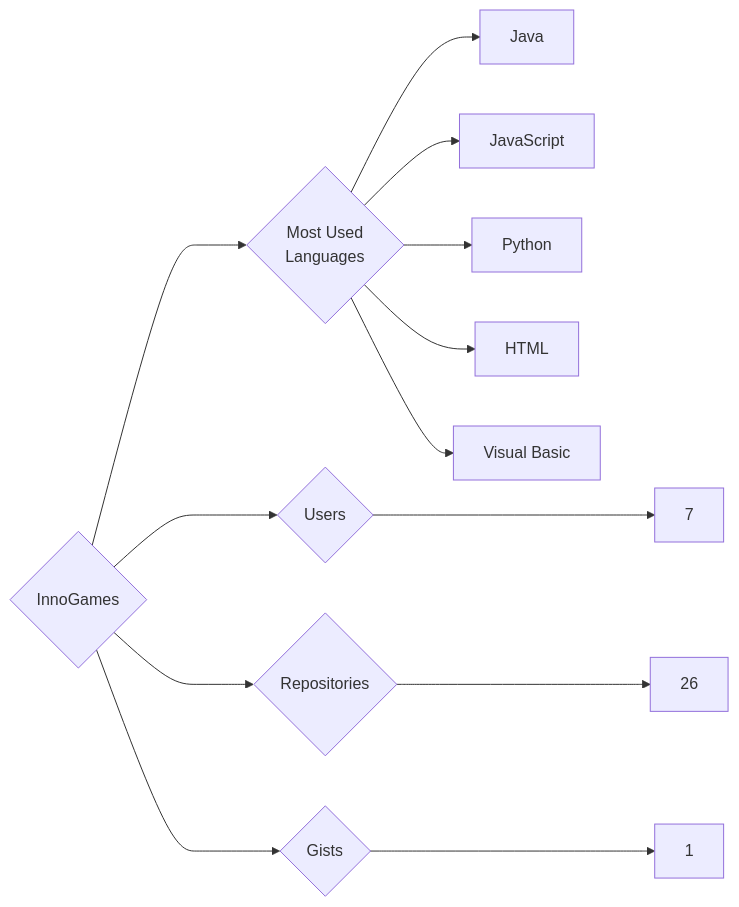
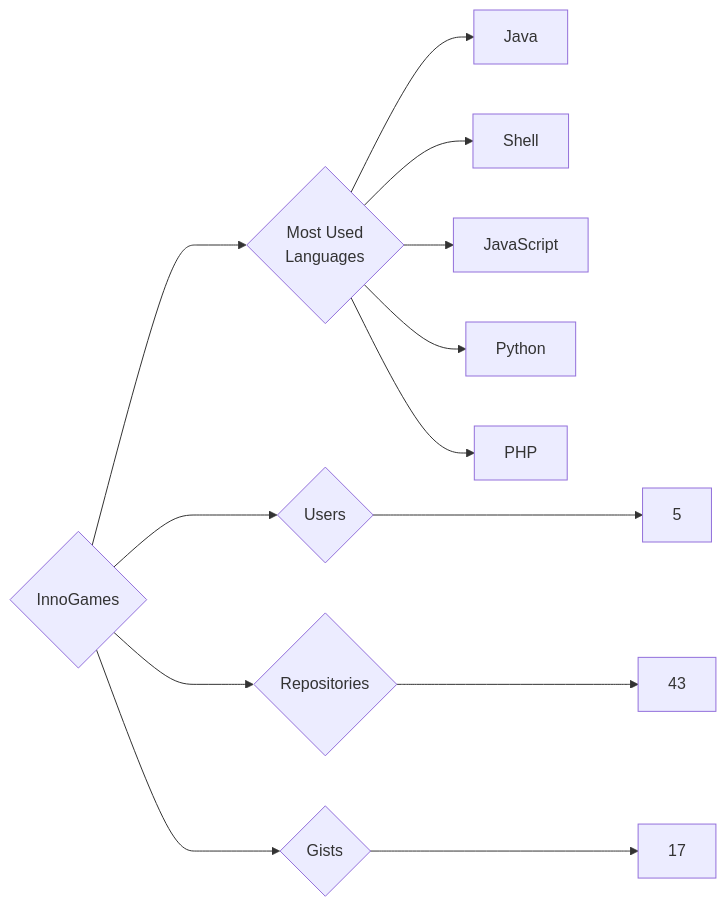
Before and after one commit to trickest/insiders: the diagram in targets/InnoGames/README.md, drawn with Mermaid. The commit also changed 783 other files, not shown here.

````diff
--- a/targets/InnoGames/README.md
+++ b/targets/InnoGames/README.md
@@ -3,13 +3,13 @@
 ```mermaid
 graph LR
 COMPANY_NAME{InnoGames}
-COMPANY_NAME ---> U{Users} ---> UN[7]
-COMPANY_NAME ---> R{Repositories} ---> RN[26]
-COMPANY_NAME ---> G{Gists} ---> GN[1]
+COMPANY_NAME ---> U{Users} ---> UN[5]
+COMPANY_NAME ---> R{Repositories} ---> RN[43]
+COMPANY_NAME ---> G{Gists} ---> GN[17]
 COMPANY_NAME ---> ML{Most Used<br>Languages}
 ML --> Java[Java]
+ML --> Shell[Shell]
 ML --> JavaScript[JavaScript]
 ML --> Python[Python]
-ML --> HTML[HTML]
-ML --> Visual_Basic[Visual Basic]
+ML --> PHP[PHP]
 ```
````
